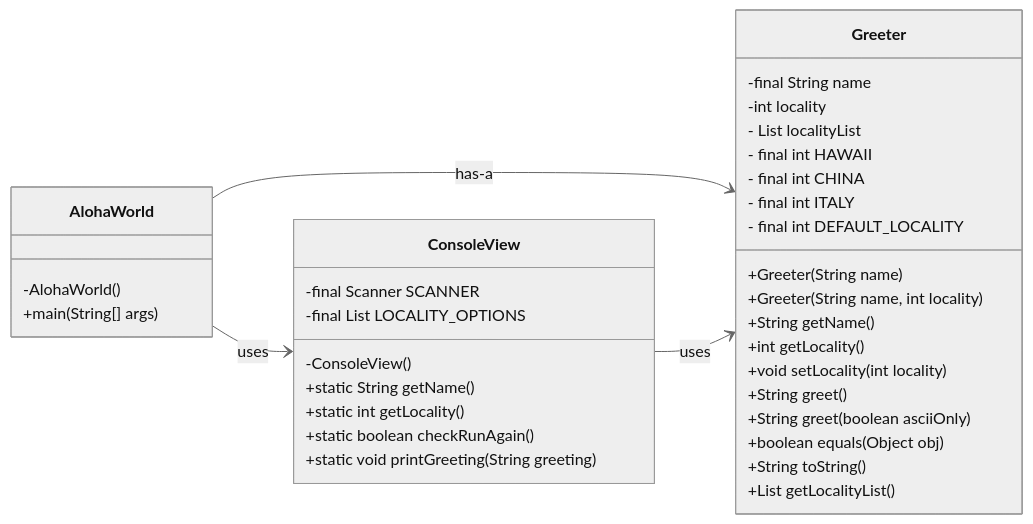
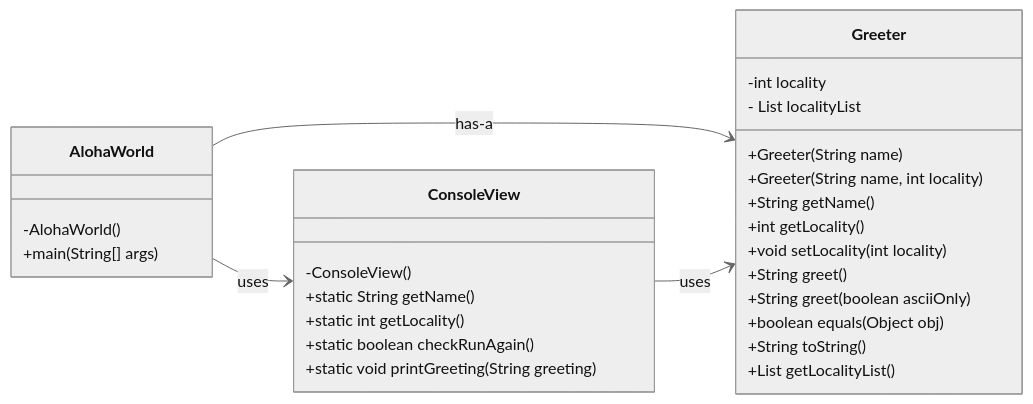
One commit to 5004-SEA-Fa24-Geeng/hello-world-chichizhang0510 changed the diagram in Report.md. Above: the diagram before and after it, drawn with Mermaid (neutral theme). The commit also changed 9 other files, not shown here.

Commit message:
deleted final variables in Mermaid diagram in  Report.md

````diff
--- a/Report.md
+++ b/Report.md
@@ -10,42 +10,35 @@
 ```mermaid
 classDiagram
 		direction LR
     AlohaWorld --> ConsoleView : uses
     AlohaWorld --> Greeter : has-a
     ConsoleView --> Greeter : uses
     
     class AlohaWorld {
         -AlohaWorld()
         +main(String[] args)
     }
     
     class ConsoleView {
-        -final Scanner SCANNER
-        -final List<String> LOCALITY_OPTIONS
         -ConsoleView()
         +static String getName()
         +static int getLocality()
         +static boolean checkRunAgain()
         +static void printGreeting(String greeting)
     }
     
     class Greeter {
-        -final String name
         -int locality
         - List<String> localityList
-        - final int HAWAII
-        - final int CHINA
-        - final int ITALY
-        - final int DEFAULT_LOCALITY
         +Greeter(String name)
         +Greeter(String name, int locality)
         +String getName()
         +int getLocality()
         +void setLocality(int locality)
         +String greet()
         +String greet(boolean asciiOnly)
         +boolean equals(Object obj)
         +String toString()
         +List<String> getLocalityList()
     }
 ```
````
